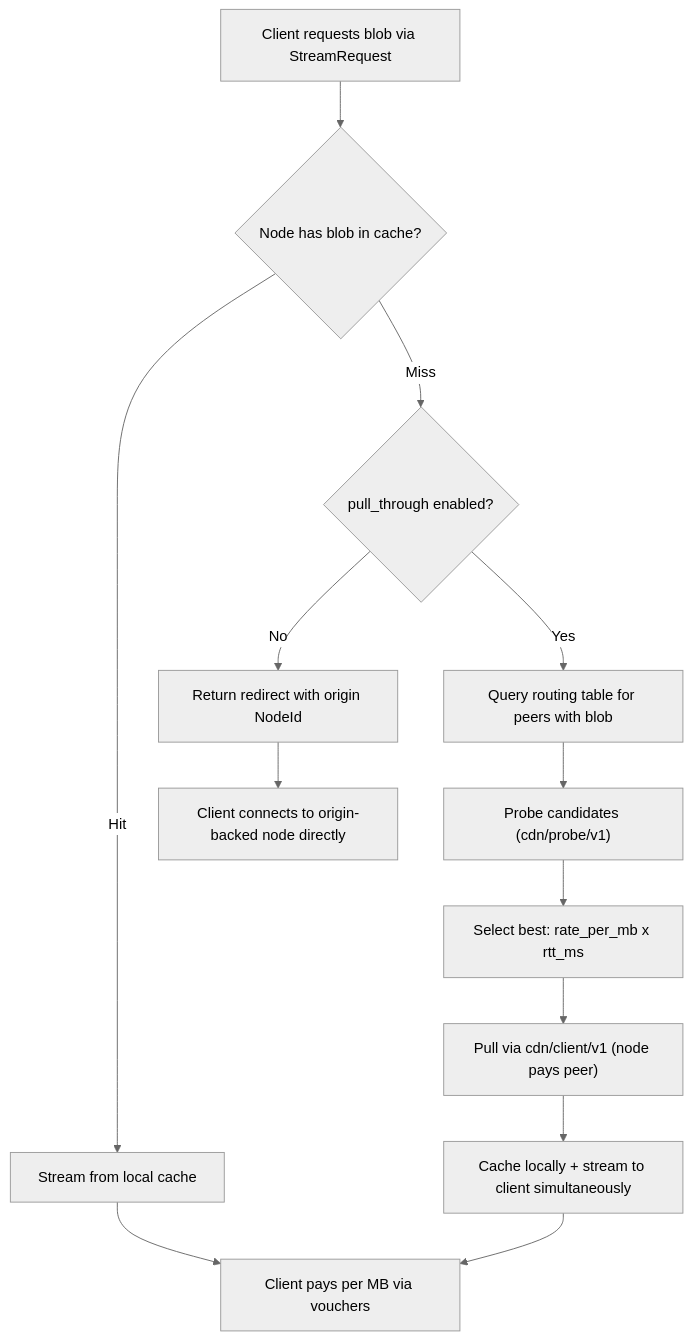
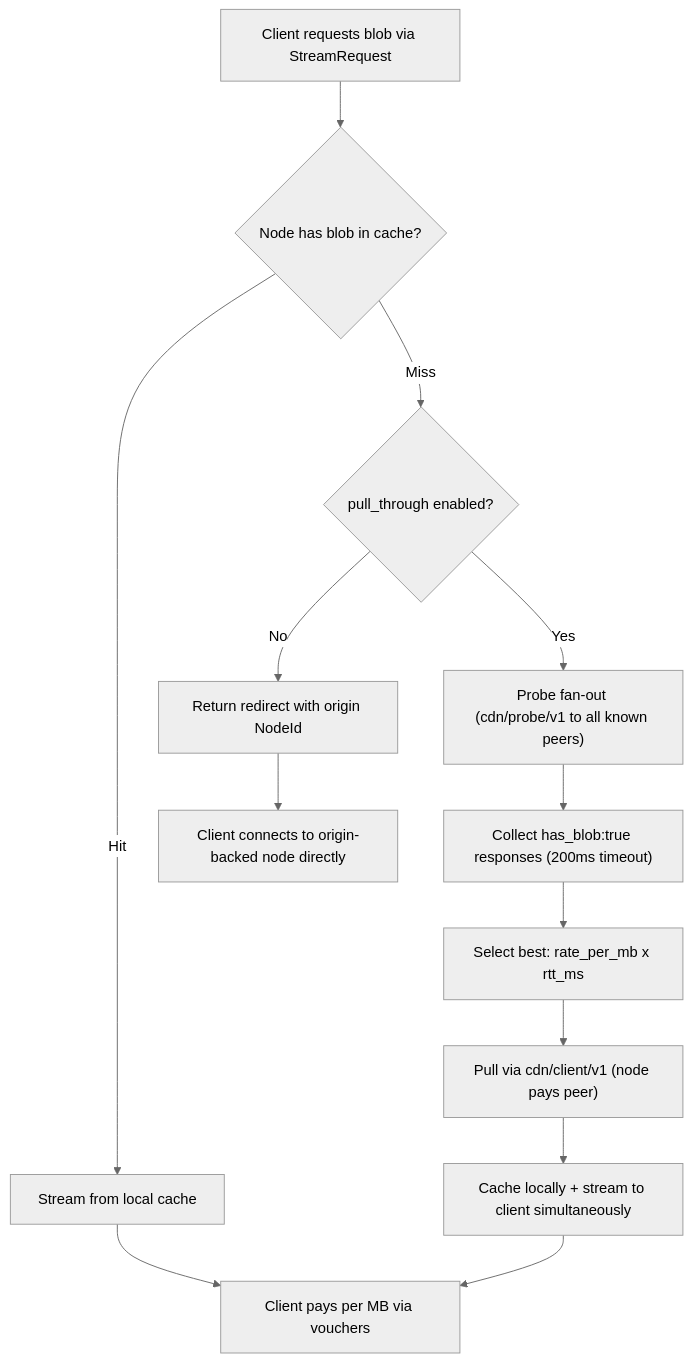
Before and after one commit to decdn/decdn: the second of 3 diagrams in adr/architecture.md, drawn with Mermaid (neutral theme). The commit also changed other lines of this file and 3 other files, not shown here.

````diff
--- a/adr/architecture.md
+++ b/adr/architecture.md
@@ -228,17 +228,17 @@
 ```mermaid
 flowchart TD
     A[Client requests blob via StreamRequest] --> B{Node has blob in cache?}
     B -->|Hit| C[Stream from local cache]
     C --> D[Client pays per MB via vouchers]
 
     B -->|Miss| E{pull_through enabled?}
-    E -->|Yes| F[Query routing table for peers with blob]
-    F --> G["Probe candidates (cdn/probe/v1)"]
+    E -->|Yes| F["Probe fan-out (cdn/probe/v1 to all known peers)"]
+    F --> G["Collect has_blob:true responses (200ms timeout)"]
     G --> H["Select best: rate_per_mb x rtt_ms"]
     H --> I["Pull via cdn/client/v1 (node pays peer)"]
     I --> J[Cache locally + stream to client simultaneously]
     J --> D
 
     E -->|No| K[Return redirect with origin NodeId]
     K --> L[Client connects to origin-backed node directly]
 ```
````
